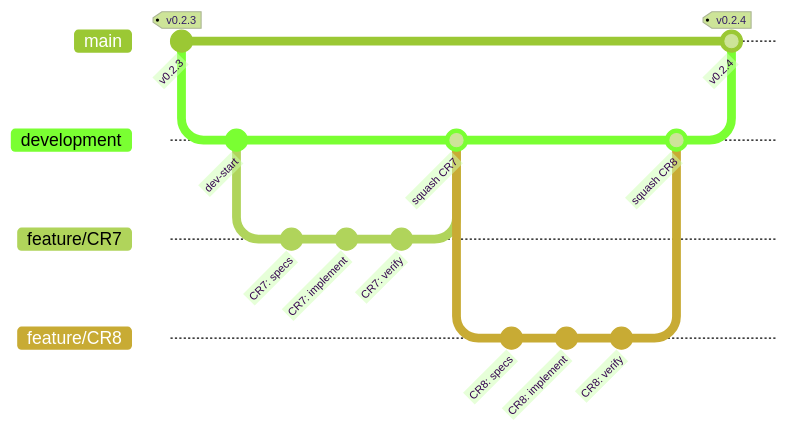
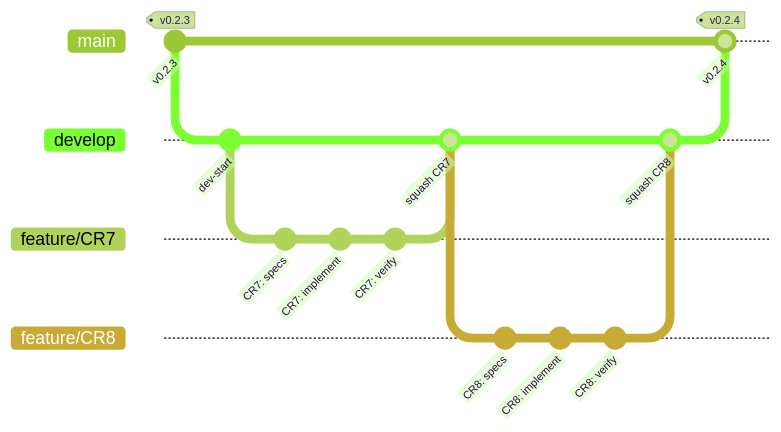
The diagram in .github/skills/syspilot.branching/SKILL.md (enthali/jarvis), drawn with Mermaid (forest theme) before and after one commit. The commit also changed other lines of this file and 3 other files, not shown here.

Commit message:
fix(syspilot): adapt to Jarvis conventions (develop branch, package.json version source)

````diff
--- a/.github/skills/syspilot.branching/SKILL.md
+++ b/.github/skills/syspilot.branching/SKILL.md
@@ -22,23 +22,23 @@
 ```mermaid
 gitGraph
    commit id: "v0.2.3" tag: "v0.2.3"
-   branch development
-   checkout development
+   branch develop
+   checkout develop
    commit id: "dev-start"
    branch feature/CR7
    checkout feature/CR7
    commit id: "CR7: specs"
    commit id: "CR7: implement"
    commit id: "CR7: verify"
-   checkout development
+   checkout develop
    merge feature/CR7 id: "squash CR7"
    branch feature/CR8
    checkout feature/CR8
    commit id: "CR8: specs"
    commit id: "CR8: implement"
    commit id: "CR8: verify"
-   checkout development
+   checkout develop
    merge feature/CR8 id: "squash CR8"
    checkout main
-   merge development id: "v0.2.4" tag: "v0.2.4"
+   merge develop id: "v0.2.4" tag: "v0.2.4"
 ```
````
